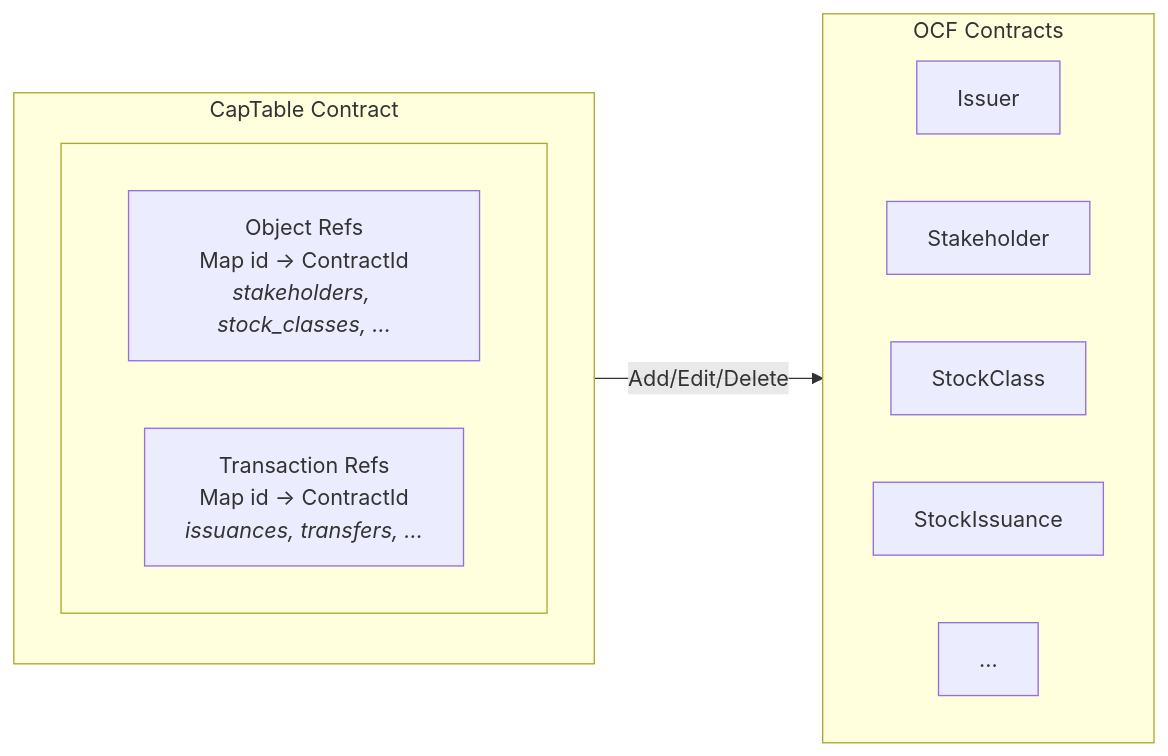
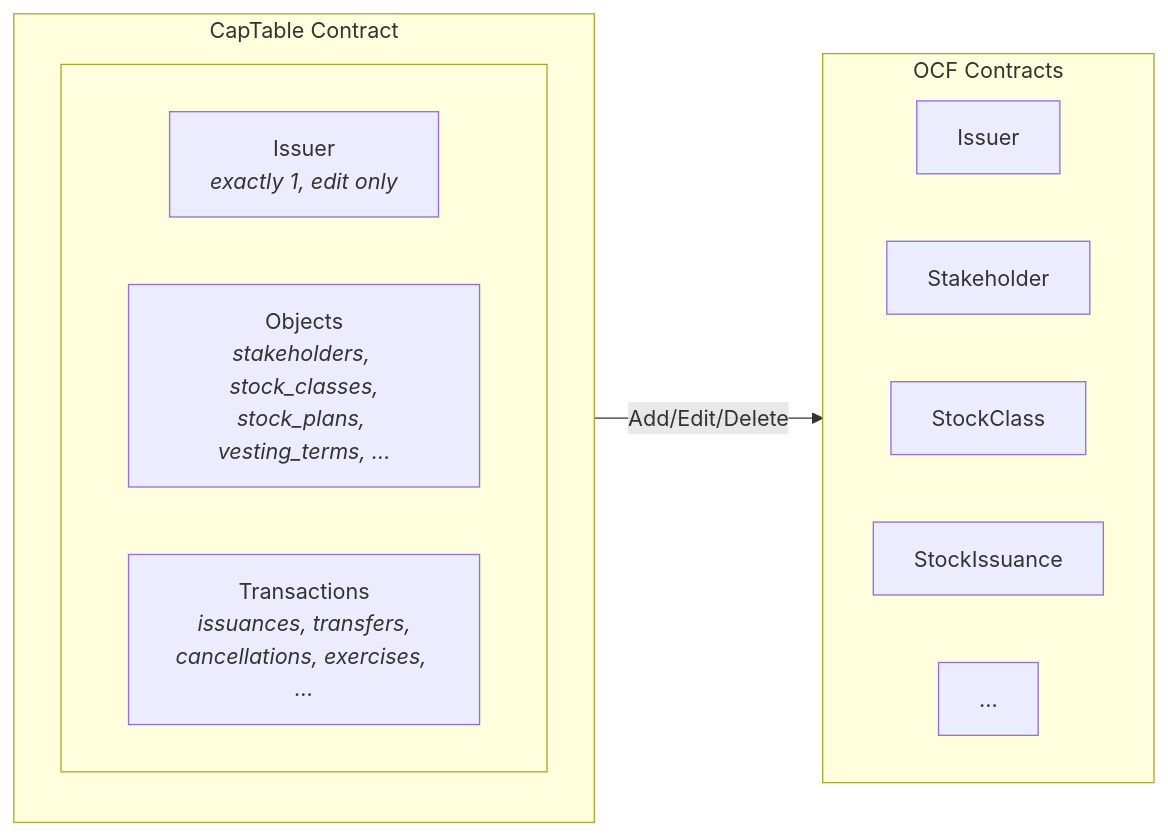
One commit to Fairmint/open-captable-protocol-daml changed the diagram in docs/adr/002-stateful-issuer-with-position-tracking.md. Above: the diagram before and after it, drawn with Mermaid. The commit also changed other lines of this file, not shown here.

First line of the commit message:
Add Factory → CapTable creation, organize by OCF schema categories

````diff
--- a/docs/adr/002-stateful-issuer-with-position-tracking.md
+++ b/docs/adr/002-stateful-issuer-with-position-tracking.md
@@ -47,23 +71,23 @@
 ```mermaid
 graph LR
     subgraph CapTable["CapTable Contract"]
         direction TB
-
         subgraph " "
             direction LR
-            Objects["Object Refs<br/>Map id → ContractId<br/><i>stakeholders, stock_classes, ...</i>"]
-            Transactions["Transaction Refs<br/>Map id → ContractId<br/><i>issuances, transfers, ...</i>"]
+            Issuer["Issuer<br/><i>exactly 1, edit only</i>"]
+            Objects["Objects<br/><i>stakeholders, stock_classes,<br/>stock_plans, vesting_terms, ...</i>"]
+            Transactions["Transactions<br/><i>issuances, transfers,<br/>cancellations, exercises, ...</i>"]
         end
     end
 
     CapTable -->|"Add/Edit/Delete"| OCF
 
     subgraph OCF["OCF Contracts"]
         direction LR
         C1[Issuer]
         C2[Stakeholder]
         C3[StockClass]
         C4[StockIssuance]
         C5[...]
     end
 ```
````
